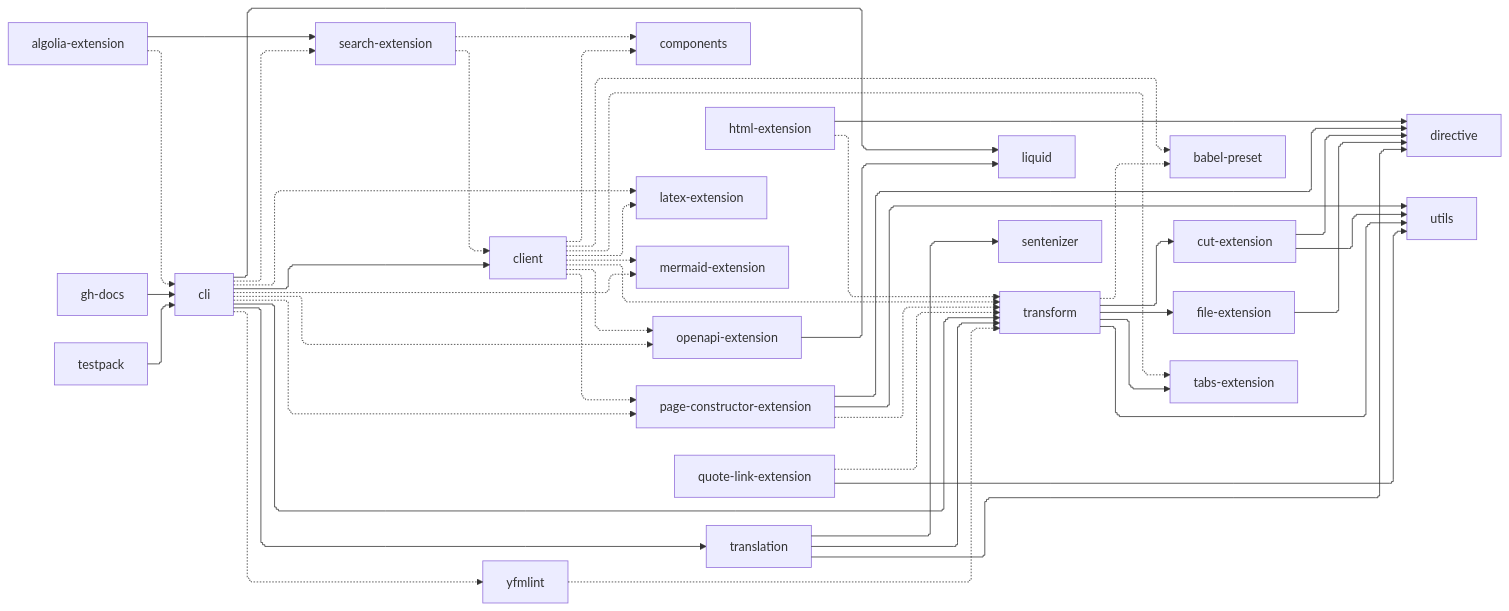
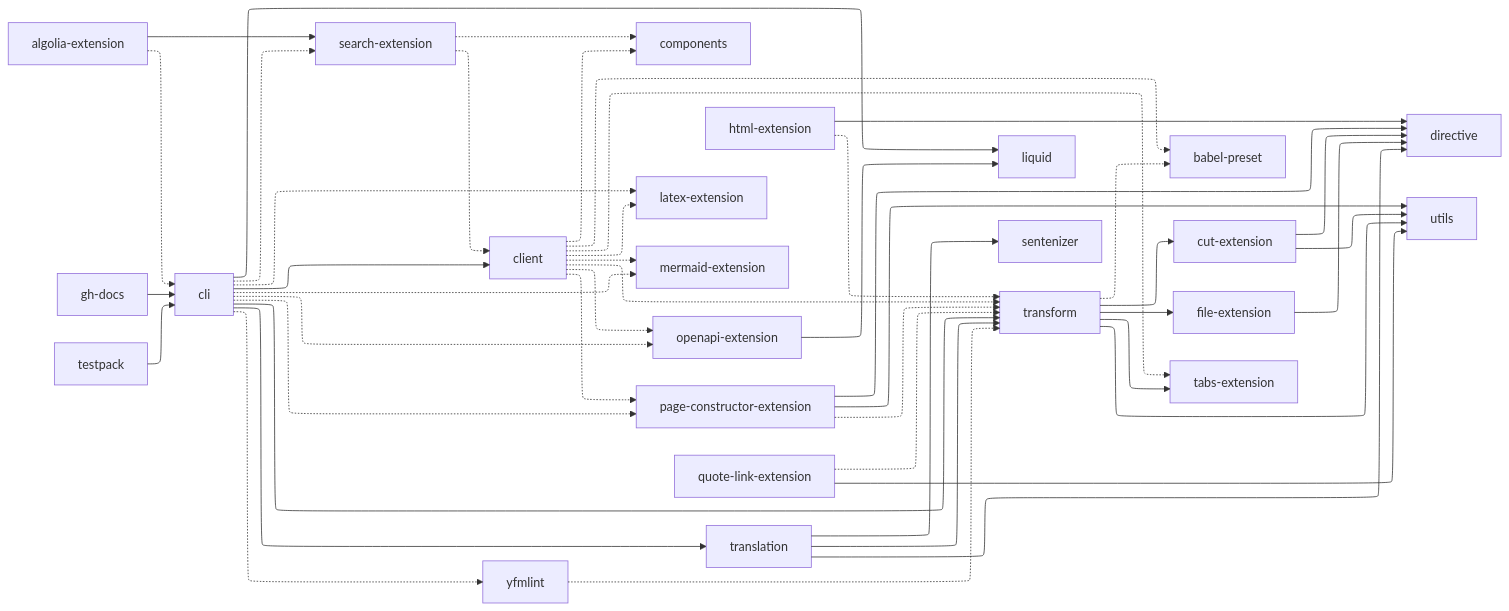
Before and after one commit to diplodoc-platform/diplodoc: the diagram in PULSE.md, drawn with Mermaid. The commit also changed 1 other file, not shown here.

Commit message:
Update pulse

````diff
--- a/PULSE.md
+++ b/PULSE.md
@@ -74,5 +74,5 @@
 ```mermaid
-%%{ init: { "flowchart": { "curve": "stepAfter", "defaultRenderer": "elk" } } }%%
+%%{ init: { "flowchart": { "defaultRenderer": "elk" } } }%%
 flowchart LR
   algolia-extension["algolia-extension"]
   babel-preset["babel-preset"]
````
